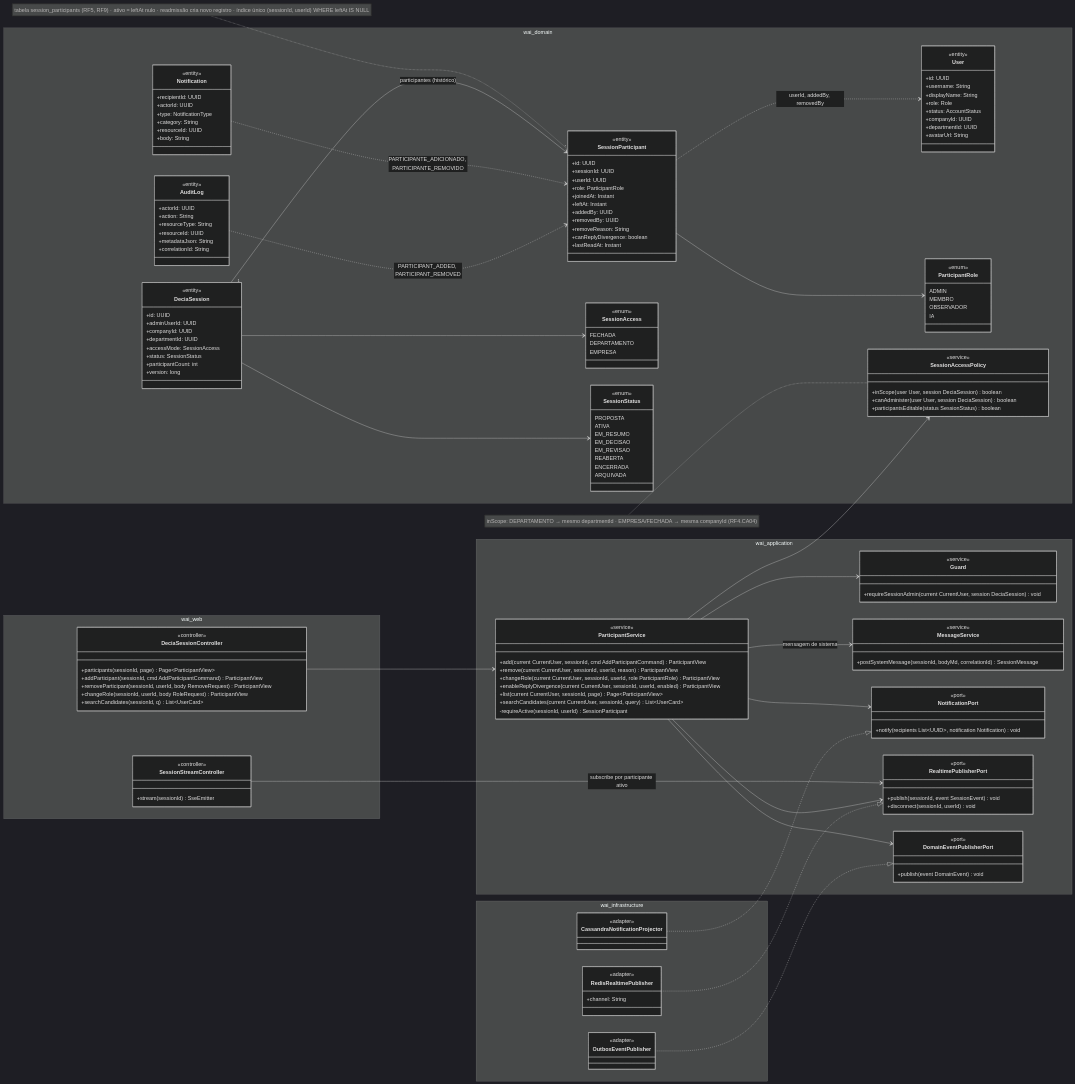
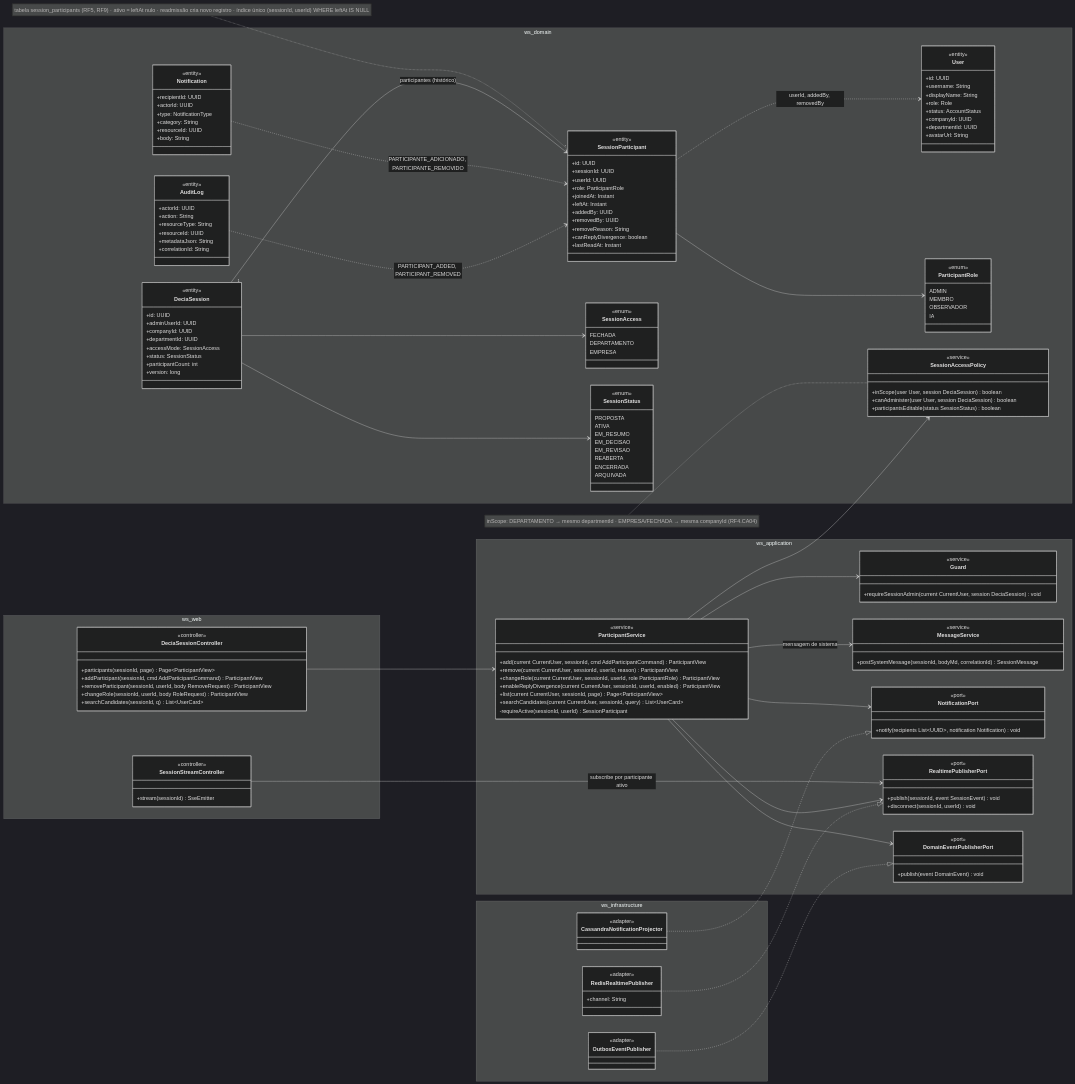
One commit to MatheusHaliski/Decia-app-2026 changed the first of 5 diagrams in docs/diagramas/RF9/README.md. Above: the diagram before and after it, drawn with Mermaid (dark theme). The commit also changed other lines of this file and 65 other files, not shown here.

First line of the commit message:
docs: renomeia o produto para Work Station (módulos ws-*), UserPreferences no diagrama v1, RF44/RF45 ajustados, design system (tokens, components.css, 66 ícones, 112 anatomias SVG, galeria e capturas) e dúvidas Q-36..Q-43

```diff
--- a/docs/diagramas/RF9/README.md
+++ b/docs/diagramas/RF9/README.md
@@ -21,7 +21,7 @@
 classDiagram
   direction LR
 
-  namespace wai_domain {
+  namespace ws_domain {
     class DeciaSession {
       <<entity>>
       +id: UUID
@@ -108,7 +108,7 @@
     }
   }
 
-  namespace wai_application {
+  namespace ws_application {
     class ParticipantService {
       <<service>>
       +add(current CurrentUser, sessionId, cmd AddParticipantCommand) ParticipantView
@@ -142,7 +142,7 @@
     }
   }
 
-  namespace wai_web {
+  namespace ws_web {
     class DeciaSessionController {
       <<controller>>
       +participants(sessionId, page) Page~ParticipantView~
@@ -157,7 +157,7 @@
     }
   }
 
-  namespace wai_infrastructure {
+  namespace ws_infrastructure {
     class CassandraNotificationProjector {
       <<adapter>>
     }
```
